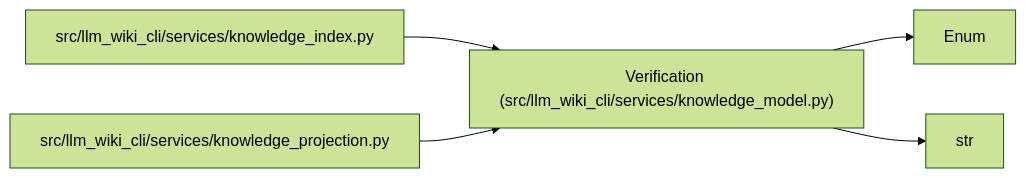
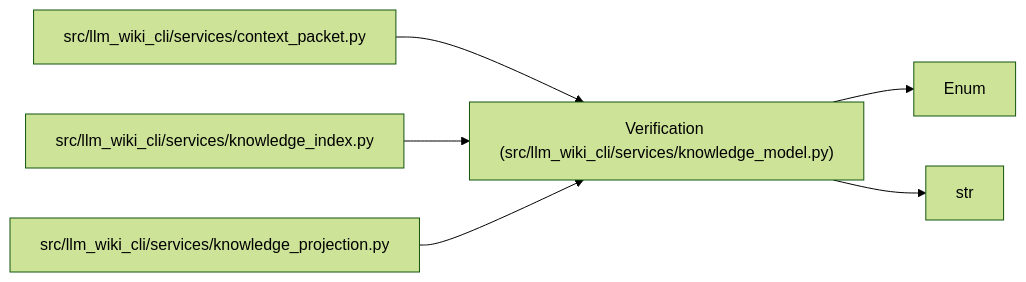
Before and after one commit to Denissvgn/python-wiki-llm: the diagram in docs/llm_wiki/entities/Verification.md, drawn with Mermaid (forest theme). The commit also changed other lines of this file and 364 other files, not shown here.

````diff
--- a/docs/llm_wiki/entities/Verification.md
+++ b/docs/llm_wiki/entities/Verification.md
@@ -30,15 +30,18 @@
 ```mermaid
 flowchart LR
     n0["Verification (src/llm_wiki_cli/services/knowledge_model.py)"]
     n1["Enum"]
     n2["str"]
-    n3["src/llm_wiki_cli/services/knowledge_index.py"]
-    n4["src/llm_wiki_cli/services/knowledge_projection.py"]
+    n3["src/llm_wiki_cli/services/context_packet.py"]
+    n4["src/llm_wiki_cli/services/knowledge_index.py"]
+    n5["src/llm_wiki_cli/services/knowledge_projection.py"]
     n0 --> n1
     n0 --> n2
     n3 --> n0
     n4 --> n0
+    n5 --> n0
     click n0 "../modules/knowledge_model.md"
-    click n3 "../modules/knowledge_index.md"
-    click n4 "../modules/knowledge_projection.md"
+    click n3 "../modules/context_packet.md"
+    click n4 "../modules/knowledge_index.md"
+    click n5 "../modules/knowledge_projection.md"
 ```
````
